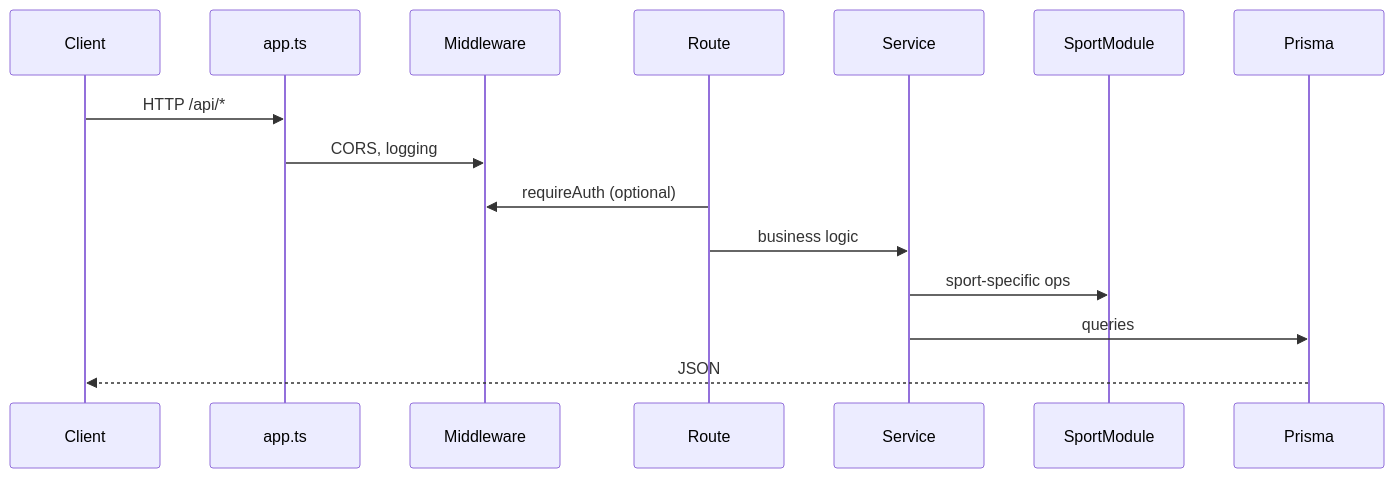
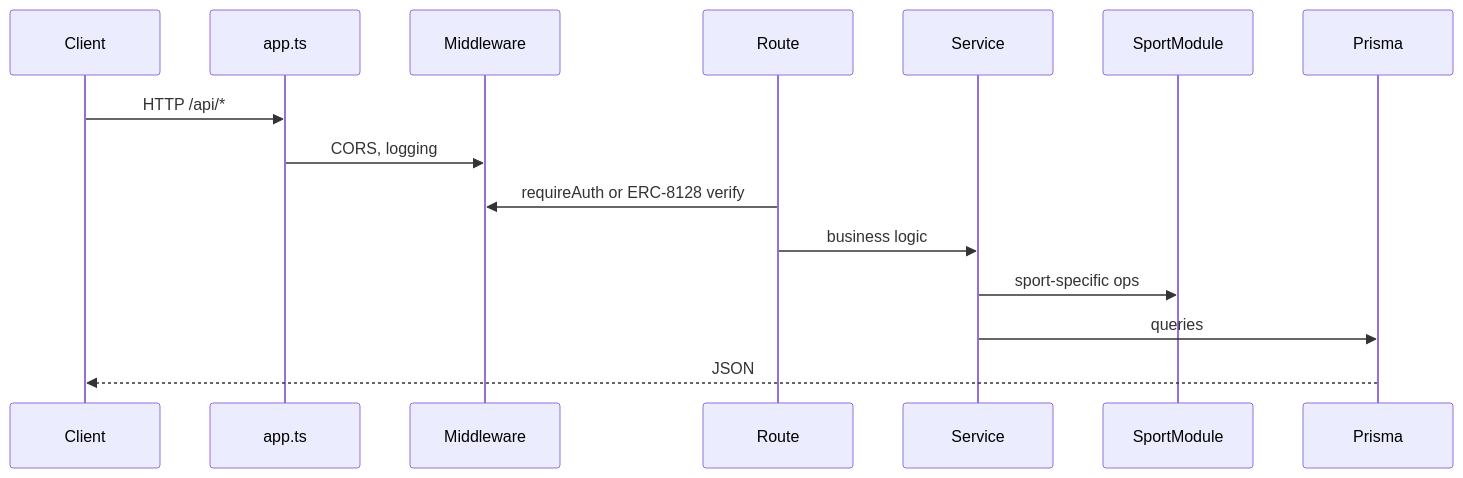
One commit to MagRelo/cut changed the first of 2 diagrams in spec/server/architecture.md. Above: the diagram before and after it, drawn with Mermaid. The commit also changed other lines of this file and 26 other files, not shown here.

````diff
--- a/spec/server/architecture.md
+++ b/spec/server/architecture.md
@@ -5,18 +5,18 @@
 ```mermaid
 sequenceDiagram
   participant Client
   participant Hono as app.ts
   participant MW as Middleware
   participant Route
   participant Svc as Service
   participant Plugin as SportModule
   participant DB as Prisma
 
   Client->>Hono: HTTP /api/*
   Hono->>MW: CORS, logging
-  Route->>MW: requireAuth (optional)
+  Route->>MW: requireAuth or ERC-8128 verify
   Route->>Svc: business logic
   Svc->>Plugin: sport-specific ops
   Svc->>DB: queries
   DB-->>Client: JSON
 ```
````
